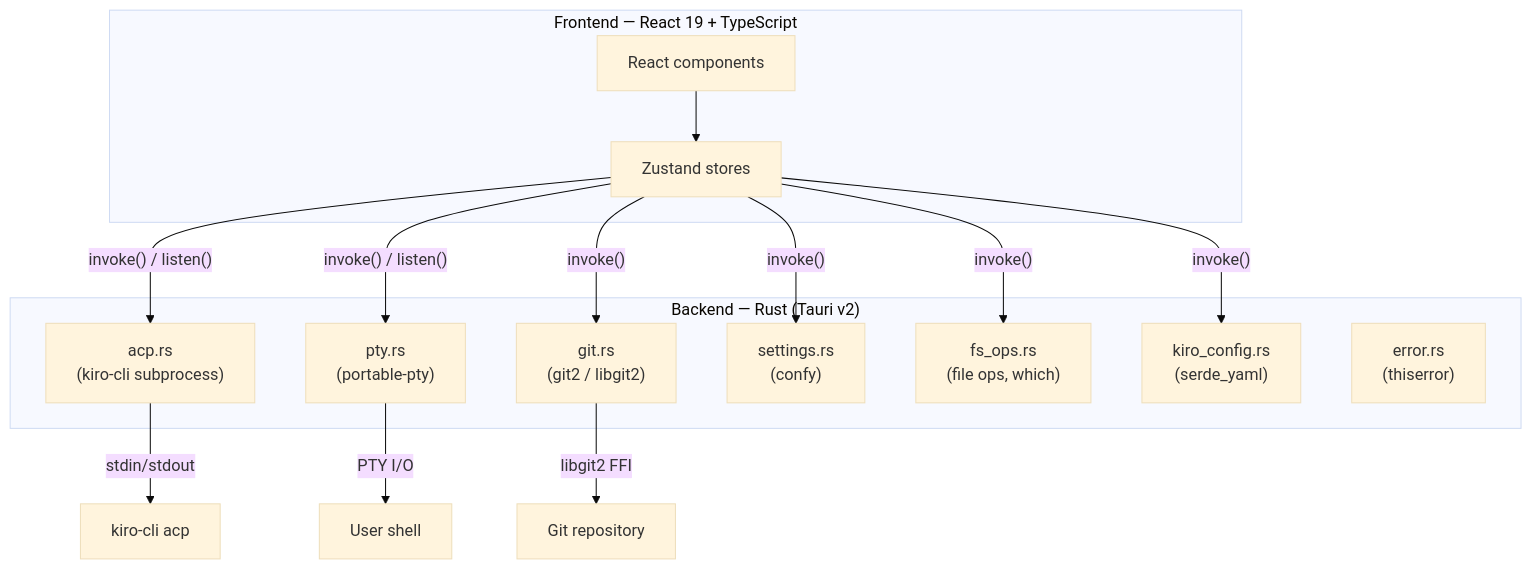
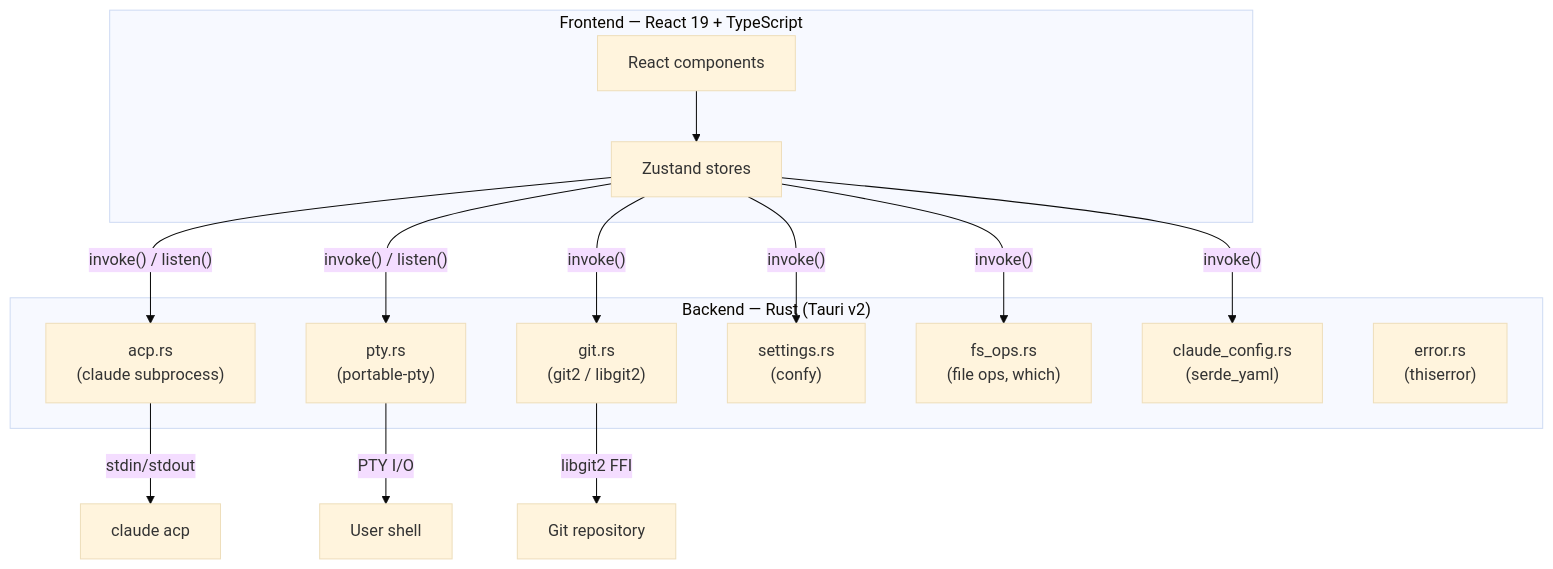
The first of 2 diagrams in docs/architecture.md (thabti/Klaudex), drawn with Mermaid (base theme) before and after one commit. The commit also changed other lines of this file and 10 other files, not shown here.

````diff
--- a/docs/architecture.md
+++ b/docs/architecture.md
@@ -7,29 +7,29 @@
 ```mermaid
 graph TD
   subgraph Frontend["Frontend — React 19 + TypeScript"]
     Zustand["Zustand stores"]
     Components["React components"]
     Components --> Zustand
   end
 
   subgraph Backend["Backend — Rust (Tauri v2)"]
-    ACP["acp.rs\n(kiro-cli subprocess)"]
+    ACP["acp.rs\n(claude subprocess)"]
     PTY["pty.rs\n(portable-pty)"]
     Git["git.rs\n(git2 / libgit2)"]
     Settings["settings.rs\n(confy)"]
     FsOps["fs_ops.rs\n(file ops, which)"]
-    KiroConfig["kiro_config.rs\n(serde_yaml)"]
+    ClaudeConfig["claude_config.rs\n(serde_yaml)"]
     Error["error.rs\n(thiserror)"]
   end
 
   Zustand -- "invoke() / listen()" --> ACP
   Zustand -- "invoke() / listen()" --> PTY
   Zustand -- "invoke()" --> Git
   Zustand -- "invoke()" --> Settings
   Zustand -- "invoke()" --> FsOps
-  Zustand -- "invoke()" --> KiroConfig
+  Zustand -- "invoke()" --> ClaudeConfig
 
-  ACP -- "stdin/stdout" --> KiroCLI["kiro-cli acp"]
+  ACP -- "stdin/stdout" --> ClaudeCLI["claude acp"]
   PTY -- "PTY I/O" --> Shell["User shell"]
   Git -- "libgit2 FFI" --> Repo["Git repository"]
 ```
````
